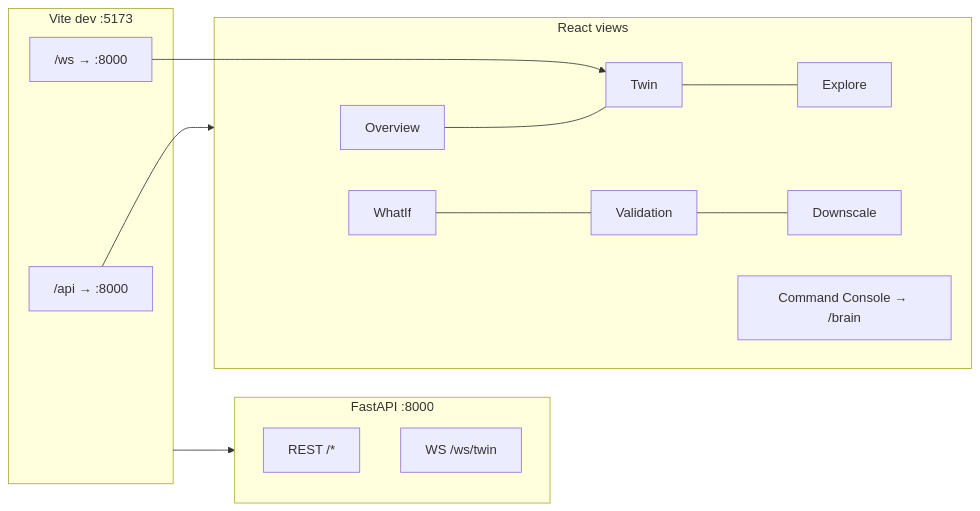
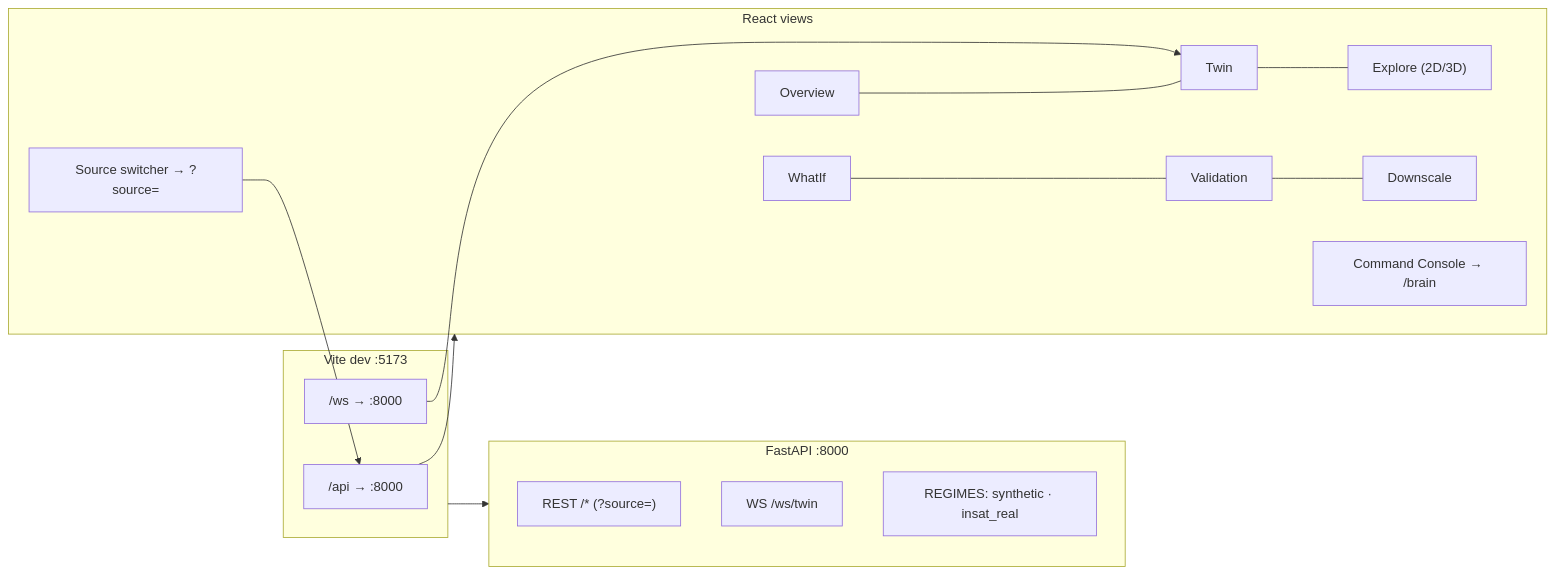
Before and after one commit to ayushap18/climatwin-india: the fifth of 5 diagrams in docs/architecture.md, drawn with Mermaid. The commit also changed other lines of this file and 9 other files, not shown here.

First line of the commit message:
docs: document the INSAT-3D/MOSDAC real-data regime, 3D terrain, and source-aware twin

````diff
--- a/docs/architecture.md
+++ b/docs/architecture.md
@@ -234,19 +334,22 @@
 ```mermaid
 flowchart LR
     subgraph B["FastAPI :8000"]
-        R["REST /*"]
+        R["REST /* (?source=)"]
         W["WS /ws/twin"]
+        REG["REGIMES: synthetic · insat_real"]
     end
     subgraph V["Vite dev :5173"]
         P1["/api → :8000"]
         P2["/ws → :8000"]
     end
     V --> B
     subgraph UI["React views"]
-        O["Overview"] --- TW["Twin"] --- E["Explore"]
+        O["Overview"] --- TW["Twin"] --- E["Explore (2D/3D)"]
         WI["WhatIf"] --- VA["Validation"] --- DS["Downscale"]
         CC["Command Console → /brain"]
+        SS["Source switcher → ?source="]
     end
     P1 --> UI
     P2 --> TW
+    SS --> P1
 ```
````
